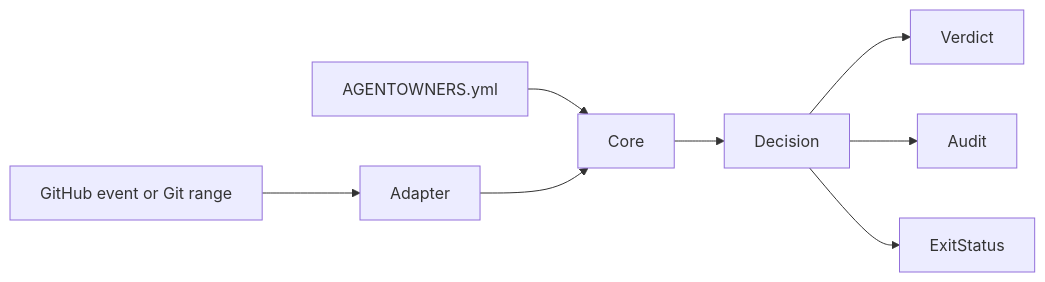
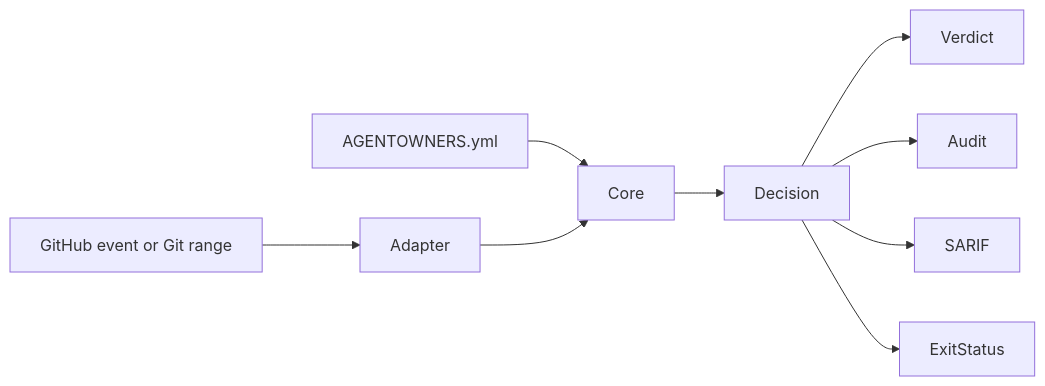
Before and after one commit to streamentry/AGENTOWNERS: the first of 3 diagrams in AGENTS.md, drawn with Mermaid. The commit also changed other lines of this file and 18 other files, not shown here.

````diff
--- a/AGENTS.md
+++ b/AGENTS.md
@@ -120,10 +123,11 @@
 ```mermaid
 flowchart LR
   Event[GitHub event or Git range] --> Adapter
   Policy[AGENTOWNERS.yml] --> Core
   Adapter --> Core
   Core --> Decision
   Decision --> Verdict
   Decision --> Audit
+  Decision --> SARIF
   Decision --> ExitStatus
 ```
````
